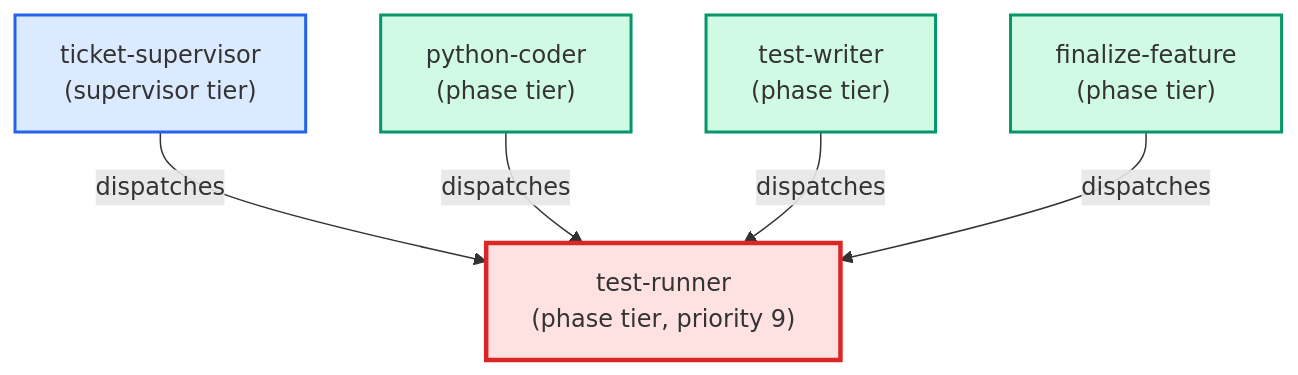
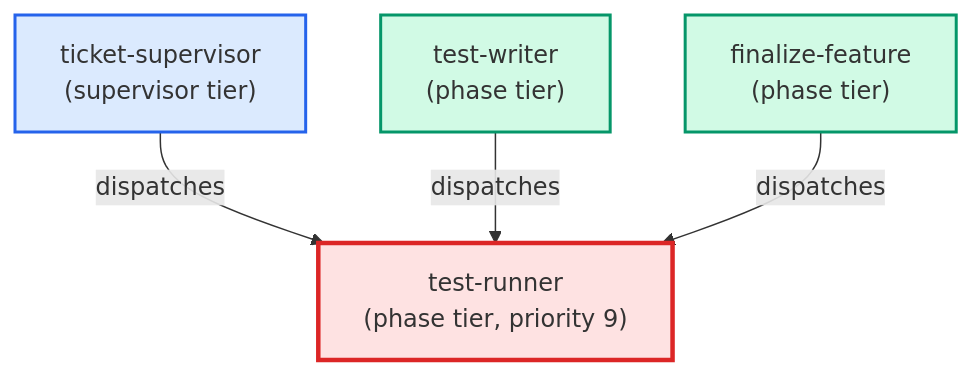
The diagram in docs/agents/cards/test-runner.card.md (urlmonitor/leafcutter-ai), drawn with Mermaid before and after one commit. The commit also changed other lines of this file and 3 other files, not shown here.

First line of the commit message:
fix(registry): remove test-runner from python-coder spawn_allowlist (INF-600d-1)

````diff
--- a/docs/agents/cards/test-runner.card.md
+++ b/docs/agents/cards/test-runner.card.md
@@ -46,18 +46,16 @@
 ```mermaid
 flowchart TD
     classDef supervisor fill:#dbeafe,stroke:#2563eb,stroke-width:2px
     classDef phase fill:#d1fae5,stroke:#059669,stroke-width:2px
     classDef utility fill:#f3f4f6,stroke:#4b5563,stroke-width:2px
     classDef target fill:#fee2e2,stroke:#dc2626,stroke-width:3px
 
     ticket_supervisor["ticket-supervisor\n(supervisor tier)"]:::supervisor
-    python_coder["python-coder\n(phase tier)"]:::phase
     test_writer["test-writer\n(phase tier)"]:::phase
     finalize_feature["finalize-feature\n(phase tier)"]:::phase
     test_runner["test-runner\n(phase tier, priority 9)"]:::target
 
     ticket_supervisor -->|dispatches| test_runner
-    python_coder -->|dispatches| test_runner
     test_writer -->|dispatches| test_runner
     finalize_feature -->|dispatches| test_runner
 ```
````
